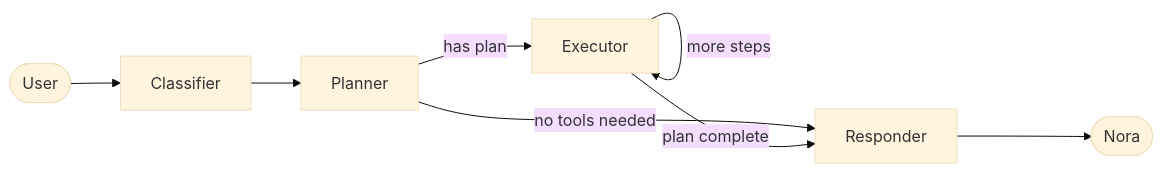
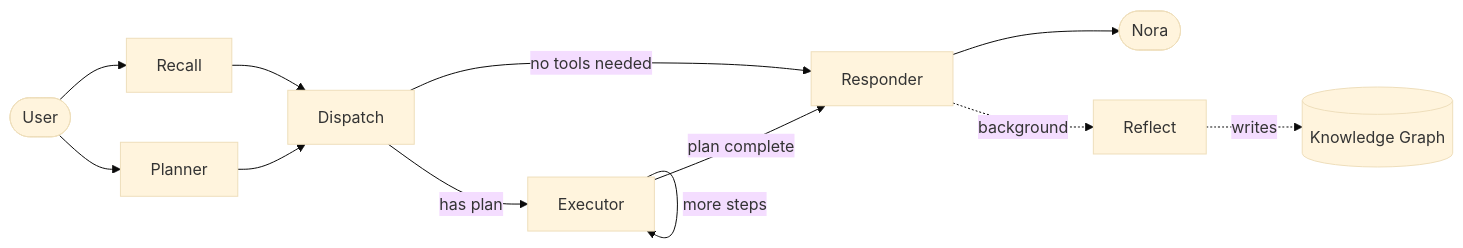
The diagram in README.md (Mohib834/nora), drawn with Mermaid (base theme) before and after one commit. The commit also changed other lines of this file, not shown here.

First line of the commit message:
doc: update README to match current graph, memory, and capabilities

````diff
--- a/README.md
+++ b/README.md
@@ -13,10 +13,14 @@
 ```mermaid
 graph LR
-    A([User]) --> B[Classifier]
-    B --> C[Planner]
-    C -->|has plan| D[Executor]
-    C -->|no tools needed| E[Responder]
-    D -->|more steps| D
-    D -->|plan complete| E
-    E --> F([Nora])
+    A([User]) --> R[Recall]
+    A --> P[Planner]
+    R --> D[Dispatch]
+    P --> D
+    D -->|has plan| E[Executor]
+    D -->|no tools needed| RE[Responder]
+    E -->|more steps| E
+    E -->|plan complete| RE
+    RE --> N([Nora])
+    RE -.background.-> RF[Reflect]
+    RF -.writes.-> M[(Knowledge Graph)]
 ```
````
